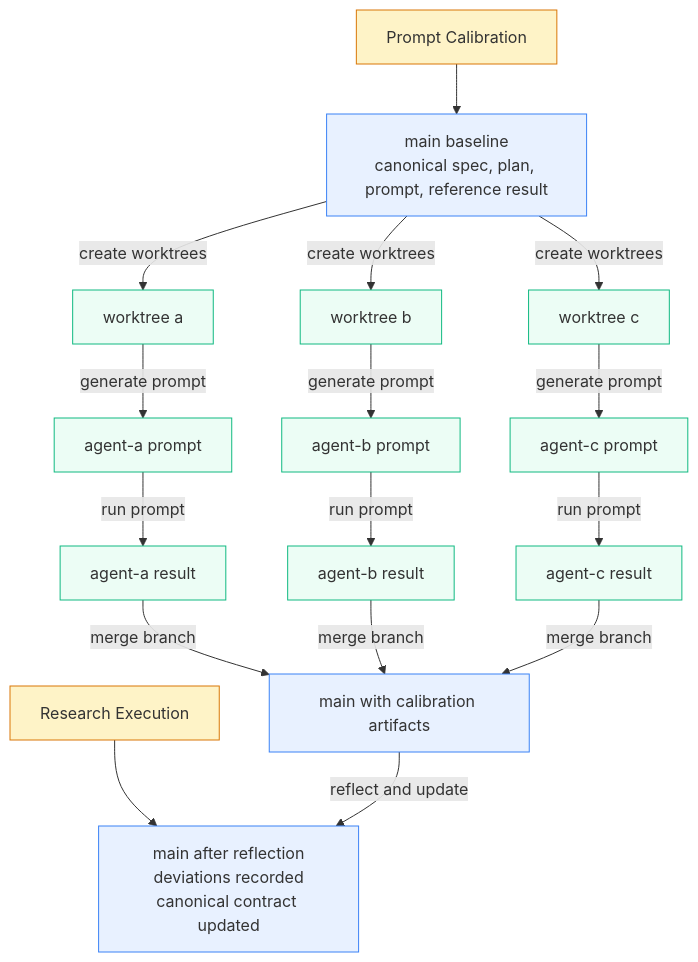
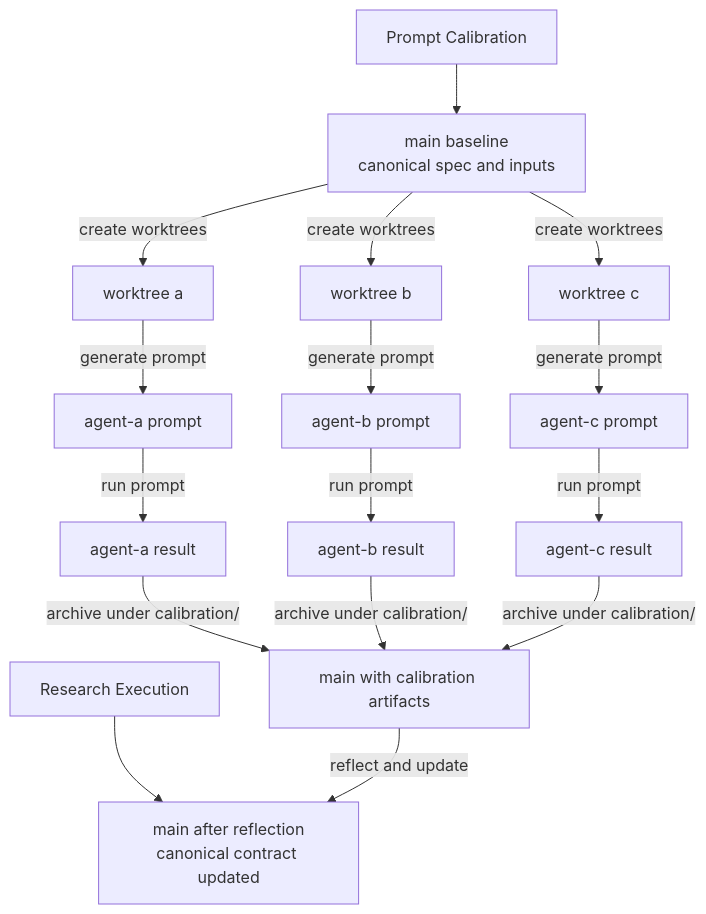
Before and after one commit to dtcc-platform/udt-platforms-mapping: the diagram in README.md, drawn with Mermaid. The commit also changed other lines of this file and 83 other files, not shown here.

````diff
--- a/README.md
+++ b/README.md
@@ -206,58 +175,44 @@
 ```mermaid
 flowchart TD
     C0["Prompt Calibration"]
     R0["Research Execution"]
 
     M0["main baseline
-canonical spec, plan, prompt, reference result"]
+canonical spec and inputs"]
 
     W1["worktree a"]
     W2["worktree b"]
     W3["worktree c"]
 
     A1["agent-a prompt"]
-
     B1["agent-b prompt"]
-
     C1["agent-c prompt"]
 
     A2["agent-a result"]
-
     B2["agent-b result"]
-
     C2["agent-c result"]
 
     M1["main with calibration artifacts"]
-
     M2["main after reflection
-deviations recorded
 canonical contract updated"]
 
     C0 --> M0
     M0 -->|create worktrees| W1
     M0 -->|create worktrees| W2
     M0 -->|create worktrees| W3
 
     W1 -->|generate prompt| A1
     W2 -->|generate prompt| B1
     W3 -->|generate prompt| C1
 
     A1 -->|run prompt| A2
     B1 -->|run prompt| B2
     C1 -->|run prompt| C2
 
-    A2 -->|merge branch| M1
-    B2 -->|merge branch| M1
-    C2 -->|merge branch| M1
+    A2 -->|archive under calibration/| M1
+    B2 -->|archive under calibration/| M1
+    C2 -->|archive under calibration/| M1
 
     R0 --> M2
     M1 -->|reflect and update| M2
-
-    classDef main fill:#e8f1ff,stroke:#3b82f6,stroke-width:1px;
-    classDef agent fill:#ecfdf5,stroke:#10b981,stroke-width:1px;
-    classDef section fill:#fef3c7,stroke:#d97706,stroke-width:1px;
-
-    class M0,M1,M2 main;
-    class W1,W2,W3,A1,B1,C1,A2,B2,C2 agent;
-    class C0,R0 section;
 ```
````
